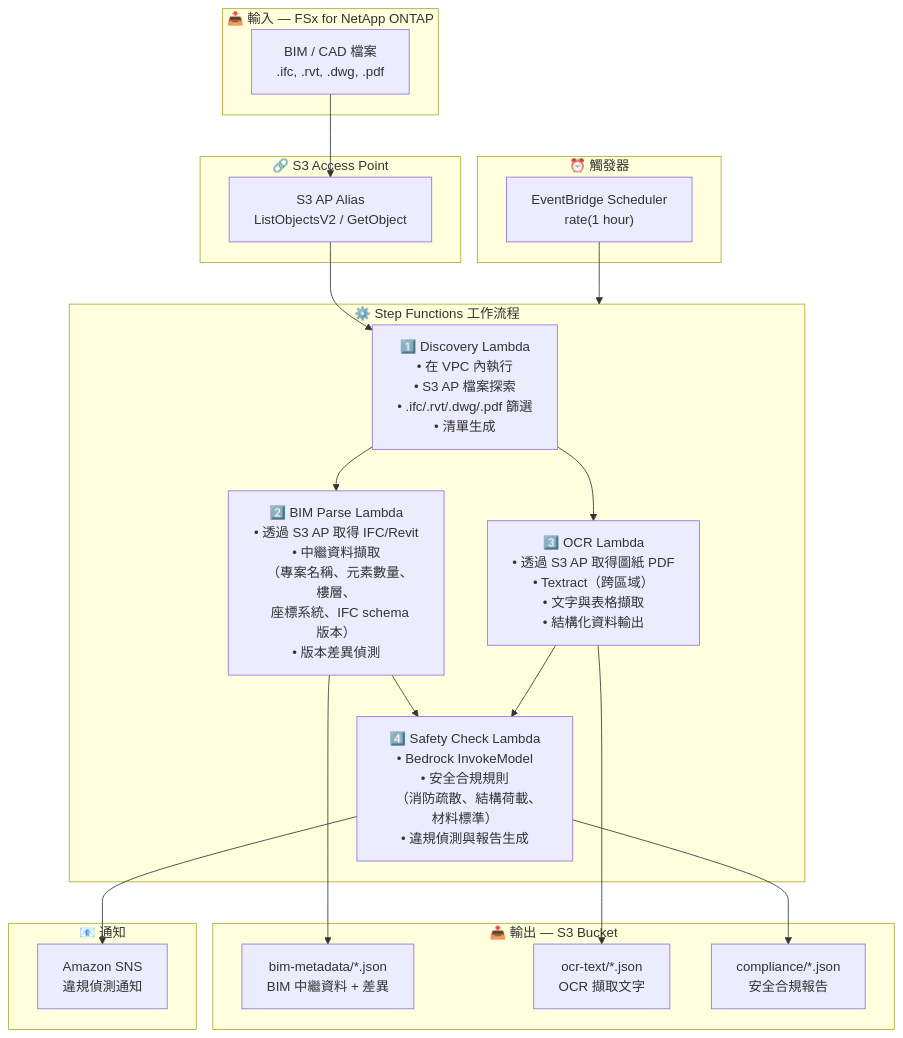
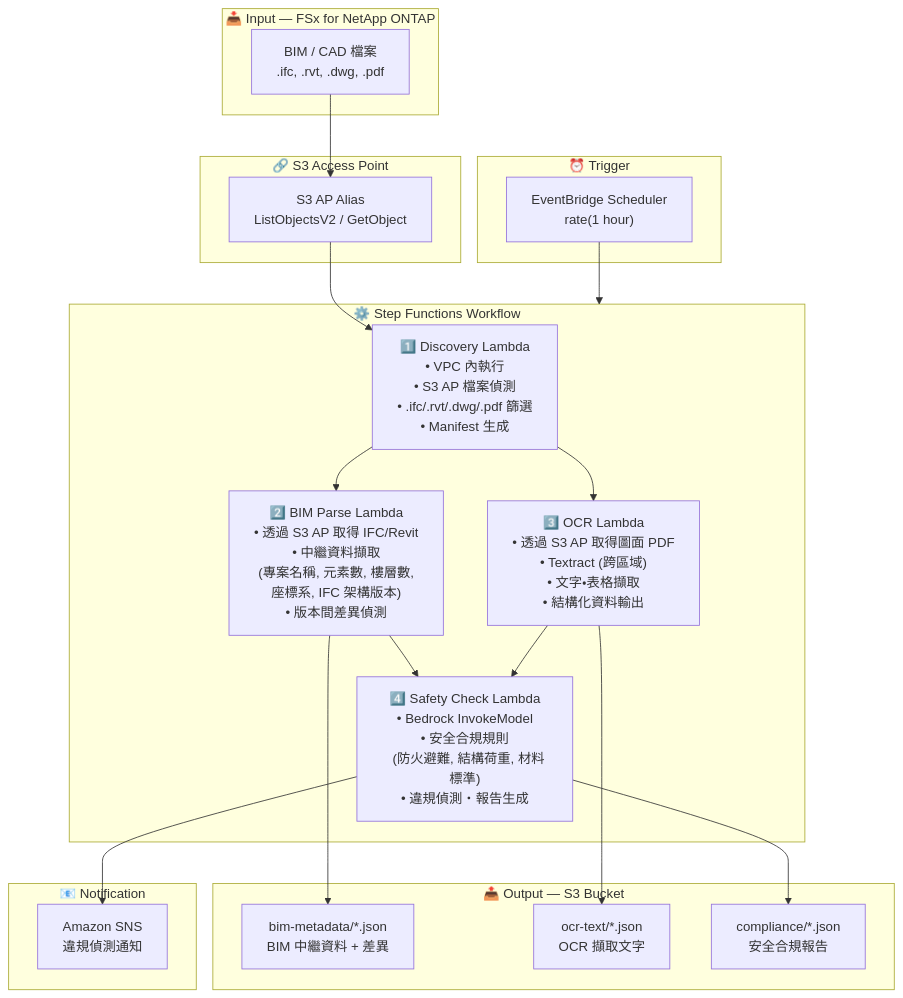
One commit to Yoshiki0705/FSx-for-ONTAP-S3AccessPoints-Serverless-Patterns changed the diagram in construction-bim/docs/architecture.zh-TW.md. Above: the diagram before and after it, drawn with Mermaid. The commit also changed other lines of this file and 54 other files, not shown here.

````diff
--- a/construction-bim/docs/architecture.zh-TW.md
+++ b/construction-bim/docs/architecture.zh-TW.md
@@ -11,43 +13,43 @@
 ```mermaid
 flowchart TB
-    subgraph INPUT["📥 輸入 — FSx for NetApp ONTAP"]
+    subgraph INPUT["📥 Input — FSx for NetApp ONTAP"]
         BIM["BIM / CAD 檔案<br/>.ifc, .rvt, .dwg, .pdf"]
     end
 
     subgraph S3AP["🔗 S3 Access Point"]
         ALIAS["S3 AP Alias<br/>ListObjectsV2 / GetObject"]
     end
 
-    subgraph TRIGGER["⏰ 觸發器"]
+    subgraph TRIGGER["⏰ Trigger"]
         EB["EventBridge Scheduler<br/>rate(1 hour)"]
     end
 
-    subgraph SFN["⚙️ Step Functions 工作流程"]
-        DISC["1️⃣ Discovery Lambda<br/>• 在 VPC 內執行<br/>• S3 AP 檔案探索<br/>• .ifc/.rvt/.dwg/.pdf 篩選<br/>• 清單生成"]
-        BP["2️⃣ BIM Parse Lambda<br/>• 透過 S3 AP 取得 IFC/Revit<br/>• 中繼資料擷取<br/>  （專案名稱、元素數量、樓層、<br/>   座標系統、IFC schema 版本）<br/>• 版本差異偵測"]
-        OCR["3️⃣ OCR Lambda<br/>• 透過 S3 AP 取得圖紙 PDF<br/>• Textract（跨區域）<br/>• 文字與表格擷取<br/>• 結構化資料輸出"]
-        SC["4️⃣ Safety Check Lambda<br/>• Bedrock InvokeModel<br/>• 安全合規規則<br/>  （消防疏散、結構荷載、材料標準）<br/>• 違規偵測與報告生成"]
+    subgraph SFN["⚙️ Step Functions Workflow"]
+        DISC["1️⃣ Discovery Lambda<br/>• VPC 內執行<br/>• S3 AP 檔案偵測<br/>• .ifc/.rvt/.dwg/.pdf 篩選<br/>• Manifest 生成"]
+        BP["2️⃣ BIM Parse Lambda<br/>• 透過 S3 AP 取得 IFC/Revit<br/>• 中繼資料擷取<br/>  (專案名稱, 元素數, 樓層數,<br/>   座標系, IFC 架構版本)<br/>• 版本間差異偵測"]
+        OCR["3️⃣ OCR Lambda<br/>• 透過 S3 AP 取得圖面 PDF<br/>• Textract (跨區域)<br/>• 文字・表格擷取<br/>• 結構化資料輸出"]
+        SC["4️⃣ Safety Check Lambda<br/>• Bedrock InvokeModel<br/>• 安全合規規則<br/>  (防火避難, 結構荷重, 材料標準)<br/>• 違規偵測・報告生成"]
     end
 
-    subgraph OUTPUT["📤 輸出 — S3 Bucket"]
+    subgraph OUTPUT["📤 Output — S3 Bucket"]
         META["bim-metadata/*.json<br/>BIM 中繼資料 + 差異"]
         TEXT["ocr-text/*.json<br/>OCR 擷取文字"]
         COMP["compliance/*.json<br/>安全合規報告"]
     end
 
-    subgraph NOTIFY["📧 通知"]
+    subgraph NOTIFY["📧 Notification"]
         SNS["Amazon SNS<br/>違規偵測通知"]
     end
 
     BIM --> ALIAS
     ALIAS --> DISC
     EB --> SFN
     DISC --> BP
     DISC --> OCR
     BP --> SC
     OCR --> SC
     BP --> META
     OCR --> TEXT
     SC --> COMP
     SC --> SNS
 ```
````
